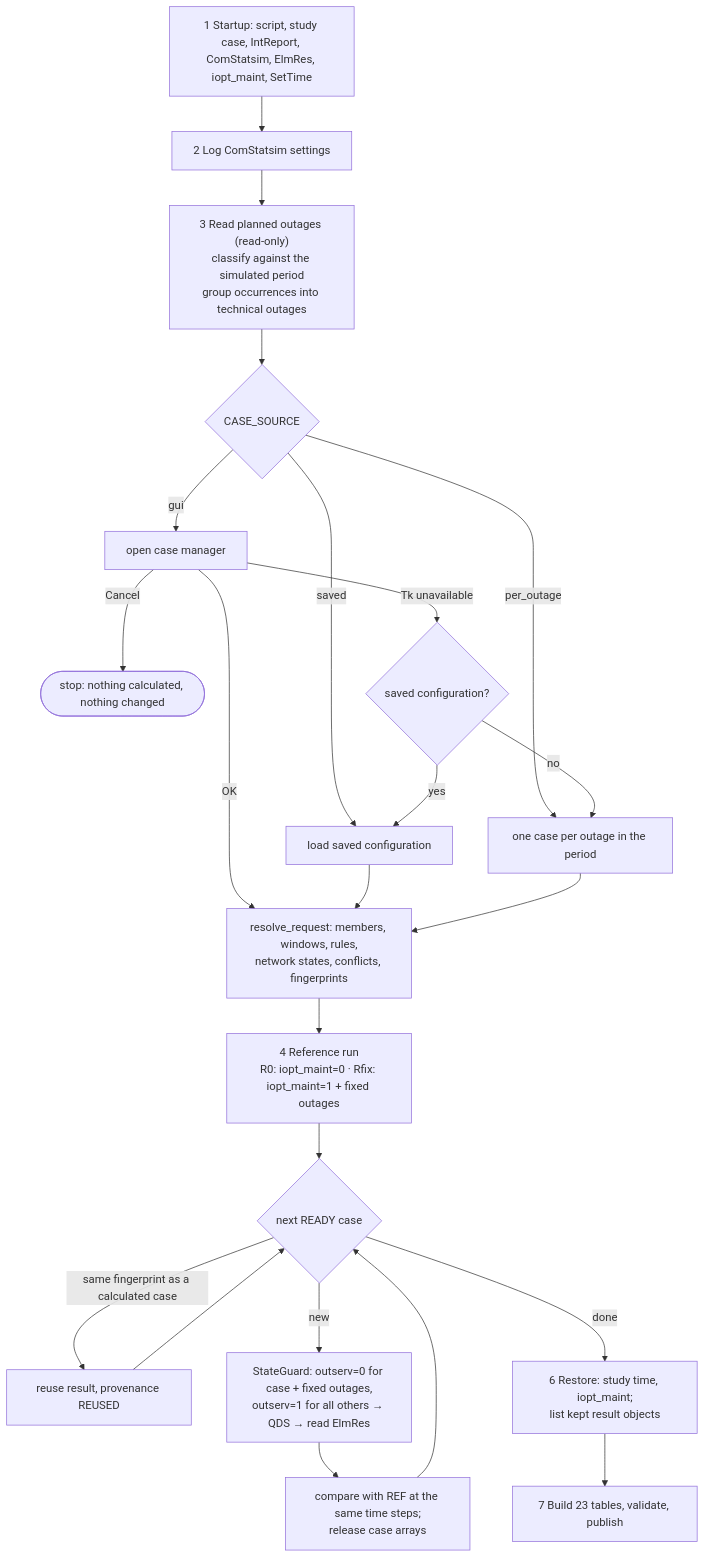
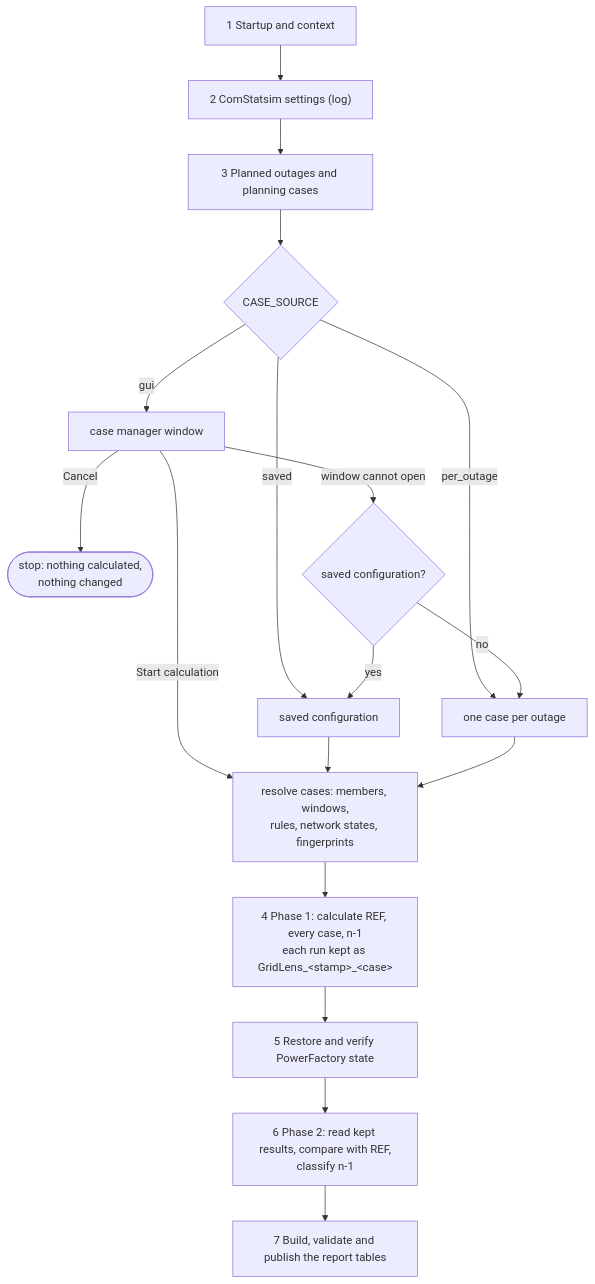
Before and after one commit to hadiibrahim-Engin/GridLensAssessment: the second of 5 diagrams in docs/ARCHITECTURE.md, drawn with Mermaid. The commit also changed other lines of this file and 13 other files, not shown here.

````diff
--- a/docs/ARCHITECTURE.md
+++ b/docs/ARCHITECTURE.md
@@ -155,25 +89,20 @@
 ```mermaid
 flowchart TD
-    S1["1 Startup: script, study case, IntReport, ComStatsim, ElmRes, iopt_maint, SetTime"] --> S2["2 Log ComStatsim settings"]
-    S2 --> S3["3 Read planned outages (read-only)<br/>classify against the simulated period<br/>group occurrences into technical outages"]
+    S1["1 Startup and context"] --> S2["2 ComStatsim settings (log)"]
+    S2 --> S3["3 Planned outages and planning cases"]
     S3 --> SRC{"CASE_SOURCE"}
-    SRC -- per_outage --> PO["one case per outage in the period"]
-    SRC -- saved --> SV["load saved configuration"]
-    SRC -- gui --> G["open case manager"]
-    G -- Cancel --> X(["stop: nothing calculated, nothing changed"])
-    G -- "Tk unavailable" --> FB{"saved configuration?"}
+    SRC -- gui --> G["case manager window"]
+    SRC -- saved --> SV["saved configuration"]
+    SRC -- per_outage --> PO["one case per outage"]
+    G -- Cancel --> X(["stop: nothing calculated,<br/>nothing changed"])
+    G -- "window cannot open" --> FB{"saved configuration?"}
     FB -- yes --> SV
     FB -- no --> PO
-    G -- OK --> RQ
+    G -- "Start calculation" --> RQ
     SV --> RQ
-    PO --> RQ["resolve_request: members, windows, rules,<br/>network states, conflicts, fingerprints"]
-    RQ --> S4["4 Reference run<br/>R0: iopt_maint=0 · Rfix: iopt_maint=1 + fixed outages"]
-    S4 --> LOOP{"next READY case"}
-    LOOP -- "same fingerprint as a calculated case" --> REUSE["reuse result, provenance REUSED"]
-    LOOP -- new --> RUN["StateGuard: outserv=0 for case + fixed outages,<br/>outserv=1 for all others → QDS → read ElmRes"]
-    RUN --> CMP["compare with REF at the same time steps;<br/>release case arrays"]
-    CMP --> LOOP
-    REUSE --> LOOP
-    LOOP -- done --> S6["6 Restore: study time, iopt_maint;<br/>list kept result objects"]
-    S6 --> S7["7 Build 23 tables, validate, publish"]
+    PO --> RQ["resolve cases: members, windows,<br/>rules, network states, fingerprints"]
+    RQ --> S4["4 Phase 1: calculate REF, every case, n-1<br/>each run kept as GridLens_&lt;stamp&gt;_&lt;case&gt;"]
+    S4 --> S5["5 Restore and verify PowerFactory state"]
+    S5 --> S6["6 Phase 2: read kept results, compare with REF,<br/>classify n-1"]
+    S6 --> S7["7 Build, validate and publish the report tables"]
 ```
````
